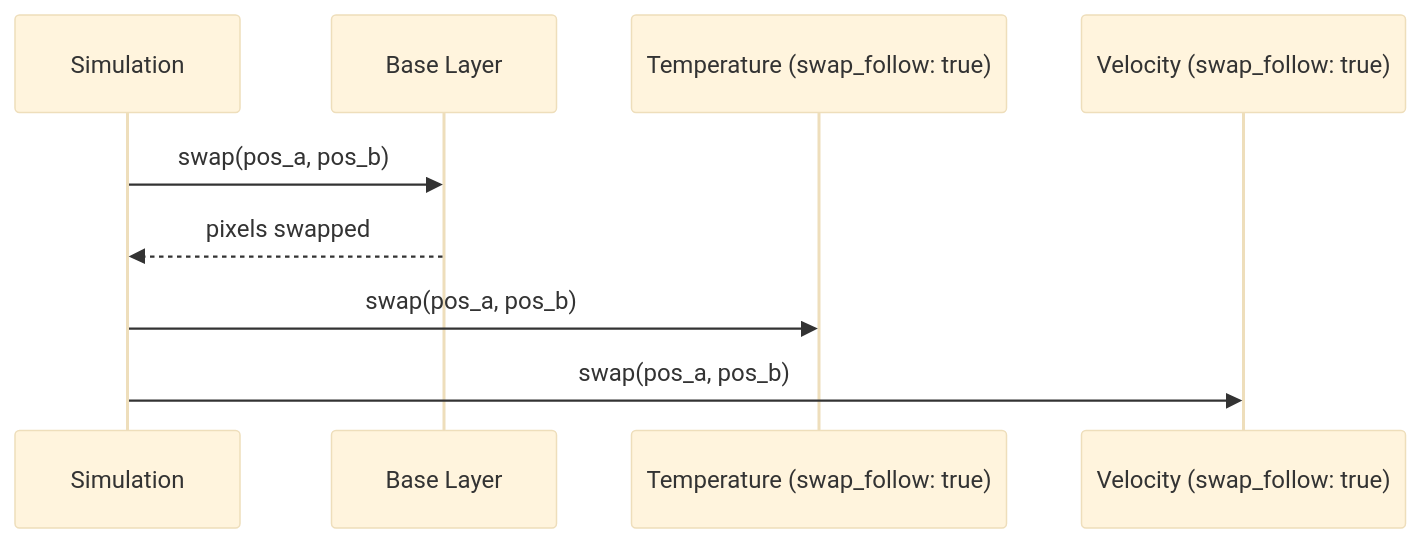
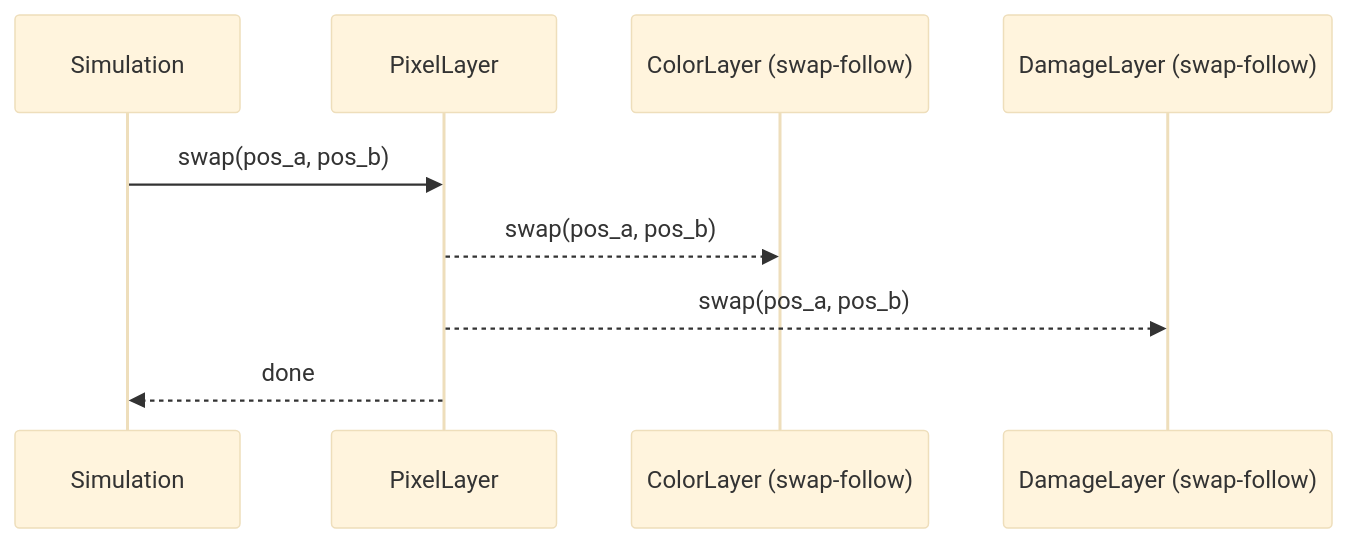
One commit to api-haus/bevy_pixel_world changed the third of 4 diagrams in docs/arhitecture/modularity/pixel-layers.md. Above: the diagram before and after it, drawn with Mermaid (base theme). The commit also changed other lines of this file and 8 other files, not shown here.

First line of the commit message:
docs: standardize layer terminology across architecture docs

````diff
--- a/docs/arhitecture/modularity/pixel-layers.md
+++ b/docs/arhitecture/modularity/pixel-layers.md
@@ -312,12 +334,12 @@
 ```mermaid
 sequenceDiagram
     participant Sim as Simulation
-    participant Base as Base Layer
-    participant Temp as Temperature (swap_follow: true)
-    participant Vel as Velocity (swap_follow: true)
+    participant Pixel as PixelLayer
+    participant Color as ColorLayer (swap-follow)
+    participant Damage as DamageLayer (swap-follow)
 
-    Sim->>Base: swap(pos_a, pos_b)
-    Base-->>Sim: pixels swapped
-    Sim->>Temp: swap(pos_a, pos_b)
-    Sim->>Vel: swap(pos_a, pos_b)
+    Sim->>Pixel: swap(pos_a, pos_b)
+    Pixel-->>Color: swap(pos_a, pos_b)
+    Pixel-->>Damage: swap(pos_a, pos_b)
+    Pixel-->>Sim: done
 ```
````
